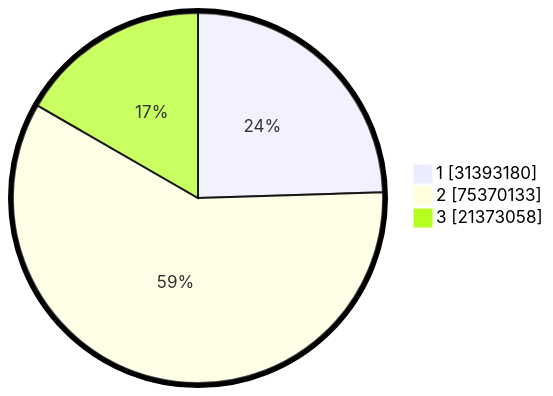
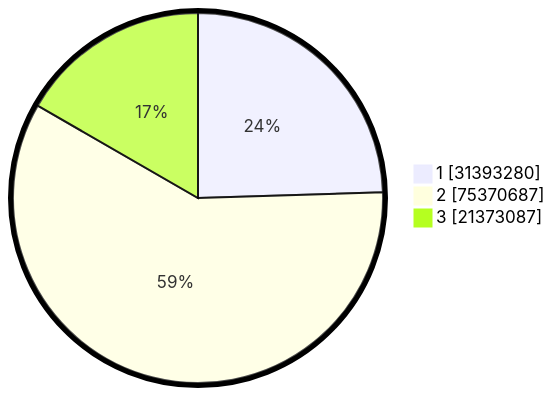
Before and after one commit to gigit-pemilu/pemilu-2024: the second of 2 diagrams in pilpres/hitung-suara/README.md, drawn with Mermaid. The commit also changed other lines of this file and 7 other files, not shown here.

````diff
--- a/pilpres/hitung-suara/README.md
+++ b/pilpres/hitung-suara/README.md
@@ -93,7 +93,7 @@
 ```mermaid
 %%{init: {"pie": {"textPosition": 0.5}, "themeVariables": {"pieOuterStrokeWidth": "5px"}} }%%
 pie showData
-    "1" : 31393180
-    "2" : 75370133
-    "3" : 21373058
+    "1" : 31393280
+    "2" : 75370687
+    "3" : 21373087
 ```
````
